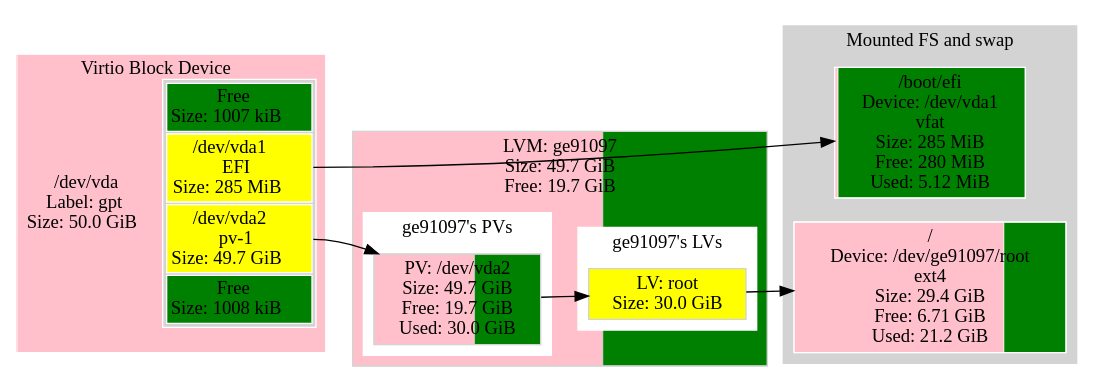
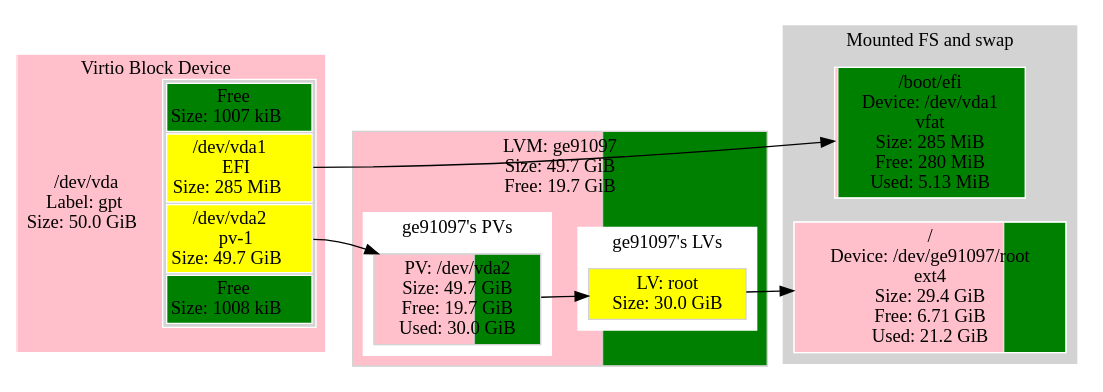
Before and after one commit to metacpan/metacpan-cpan-extracted: the diagram in distros/S/StorageDisplay/data/ge91097.ref.dot, drawn with Graphviz. The commit also changed 1252 other files, not shown here.

```diff
--- a/distros/S/StorageDisplay/data/ge91097.ref.dot
+++ b/distros/S/StorageDisplay/data/ge91097.ref.dot
@@ -1,94 +1,94 @@
 digraph "machine"{
 	rankdir=LR;
 	{ "@Part: vda" [
 		label=<<TABLE BORDER="0" CELLPADDING="0" CELLSPACING="0">
 				<TR> <TD COLSPAN="2">Virtio Block Device</TD> </TR><TR><TD >/dev/vda<BR/>Label: gpt<BR/>Size: 50.0 GiB</TD>    <TD BGCOLOR="lightgrey">
 				<TABLE >
 					<TR>
 						<TD bgcolor="green">
 						Free<BR/>Size: 1007 kiB
 						</TD>
 					</TR>
 					<TR>
 						<TD PORT="1" BGCOLOR="yellow">
 						/dev/vda1<BR/>EFI<BR/>Size: 285 MiB
 						</TD>
 					</TR>
 					<TR>
 						<TD PORT="2" BGCOLOR="yellow">
 						/dev/vda2<BR/>pv-1<BR/>Size: 49.7 GiB
 						</TD>
 					</TR>
 					<TR>
 						<TD bgcolor="green">
 						Free<BR/>Size: 1008 kiB
 						</TD>
 					</TR>
 				</TABLE>
 				</TD> </TR><TR> <TD COLSPAN="2"> </TD> </TR>
 			</TABLE>
 		>;
 		// Style node
 		color=white;
 		fillcolor=lightgrey;
 		shape="rectangle";
 		style=striped;
 		fillcolor="green;0.000019:pink;0.005566:pink;0.994395:green;0.000019";
 	]; }
 	subgraph "cluster_ge91097" {
 		style=filled;
 		color=lightgrey;
 		fillcolor=lightgrey;
 		node [style=filled,color=lightgrey,fillcolor=lightgrey,shape=rectangle];
 		subgraph "cluster_ge91097@PV" {
 			color=white;
 			fillcolor=white;
 			{ "LVM@ge91097@PV@vda2" [
 				label="PV: /dev/vda2\nSize: 49.7 GiB\nFree: 19.7 GiB\nUsed: 30.0 GiB";
 				style=striped;fillcolor="pink;0.603394.2:green"
 			]; }
 			label="ge91097's PVs";
 		}
 		subgraph "cluster_ge91097@LV" {
 			color=white;
 			fillcolor=white;
 			{ "dm-0" [
 				label="LV: root\nSize: 30.0 GiB";
 				fillcolor="yellow"
 			]; }
 			label="ge91097's LVs";
 		}
 		label="LVM: ge91097\nSize: 49.7 GiB\nFree: 19.7 GiB";
 		style=striped;fillcolor="pink;0.603394.2:green"
 	}
 	subgraph "cluster_@FS" {
 		style=filled;
 		color=lightgrey;
 		fillcolor=lightgrey;
 		node [style=filled,color=white,fillcolor=lightgrey,shape=rectangle];
 		{ "@FS@/" [
 			label="/\nDevice: /dev/ge91097/root\next4\nSize: 29.4 GiB\nFree: 6.71 GiB\nUsed: 21.2 GiB";
 			style=striped;fillcolor="pink;0.771782.2:green"
 		]; }
 		{ "@FS@/boot/efi" [
-			label="/boot/efi\nDevice: /dev/vda1\nvfat\nSize: 285 MiB\nFree: 280 MiB\nUsed: 5.12 MiB";
+			label="/boot/efi\nDevice: /dev/vda1\nvfat\nSize: 285 MiB\nFree: 280 MiB\nUsed: 5.13 MiB";
 			style=striped;fillcolor="pink;0.017993.2:green"
 		]; }
 		label="Mounted FS and swap";
 	}
 	subgraph "cluster_@libvirt" {
 		style=filled;
 		color=lightgrey;
 		fillcolor=lightgrey;
 		node [style=filled,color=white,fillcolor=lightgrey,shape=rectangle];
 		label="Libvirt Virtual Machines";
 	}
 	// Links from LVM VG: ge91097
 	"LVM@ge91097@PV@vda2" -> "dm-0"
 	// Links for LVM@ge91097@PV@vda2
 	"@Part: vda":"2" -> "LVM@ge91097@PV@vda2"
 	// Links for @FS@/
 	"dm-0" -> "@FS@/"
 	// Links for @FS@/boot/efi
 	"@Part: vda":"1" -> "@FS@/boot/efi"
 }
```
